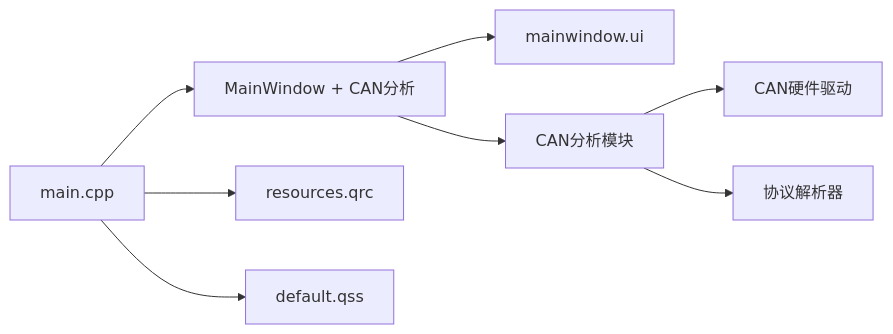
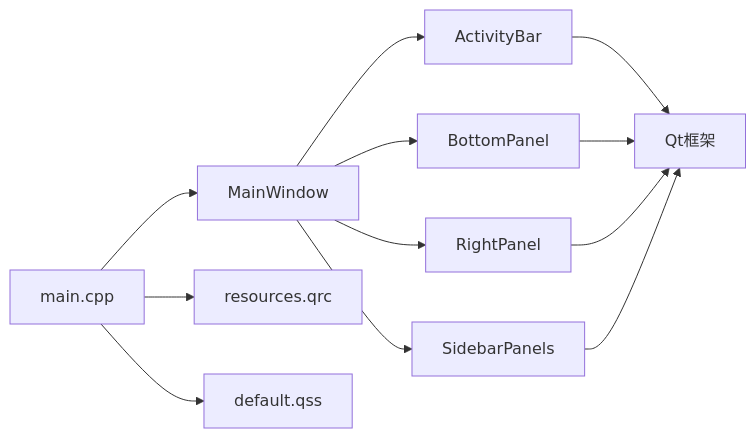
One commit to jakecai1225-design/OpenBus changed the fourth of 4 diagrams in .qoder/repowiki/zh/content/架构设计/主窗口组件架构.md. Above: the diagram before and after it, drawn with Mermaid. The commit also changed other lines of this file and 44 other files, not shown here.

````diff
--- a/.qoder/repowiki/zh/content/架构设计/主窗口组件架构.md
+++ b/.qoder/repowiki/zh/content/架构设计/主窗口组件架构.md
@@ -271,10 +341,14 @@
 ```mermaid
 graph LR
-Main["main.cpp"] --> MW["MainWindow + CAN分析"]
-MW --> UI["mainwindow.ui"]
+Main["main.cpp"] --> MW["MainWindow"]
+MW --> AB["ActivityBar"]
+MW --> BP["BottomPanel"]
+MW --> RP["RightPanel"]
+MW --> SP["SidebarPanels"]
+AB --> Qt["Qt框架"]
+BP --> Qt
+RP --> Qt
+SP --> Qt
 Main --> Res["resources.qrc"]
 Main --> QSS["default.qss"]
-MW --> CAN["CAN分析模块"]
-CAN --> Hardware["CAN硬件驱动"]
-CAN --> Protocol["协议解析器"]
 ```
````
